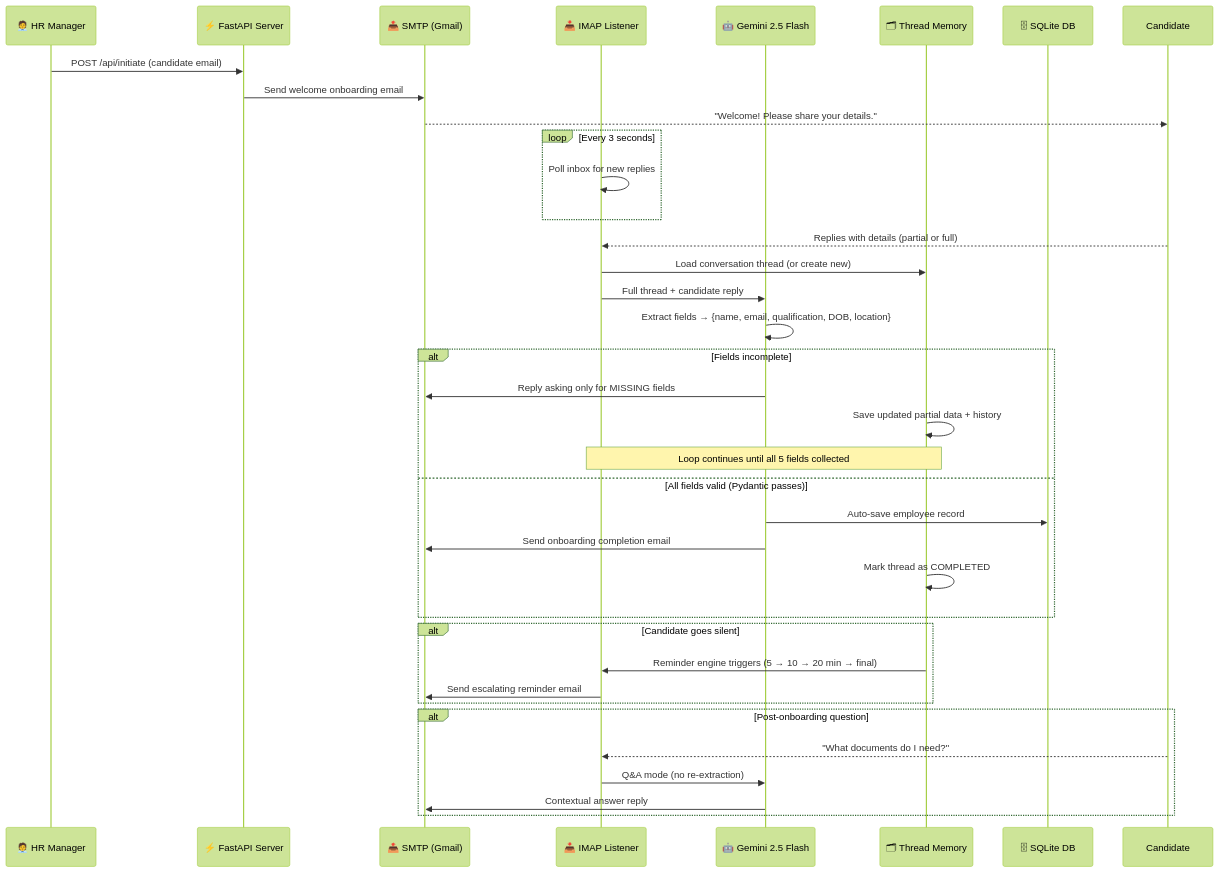
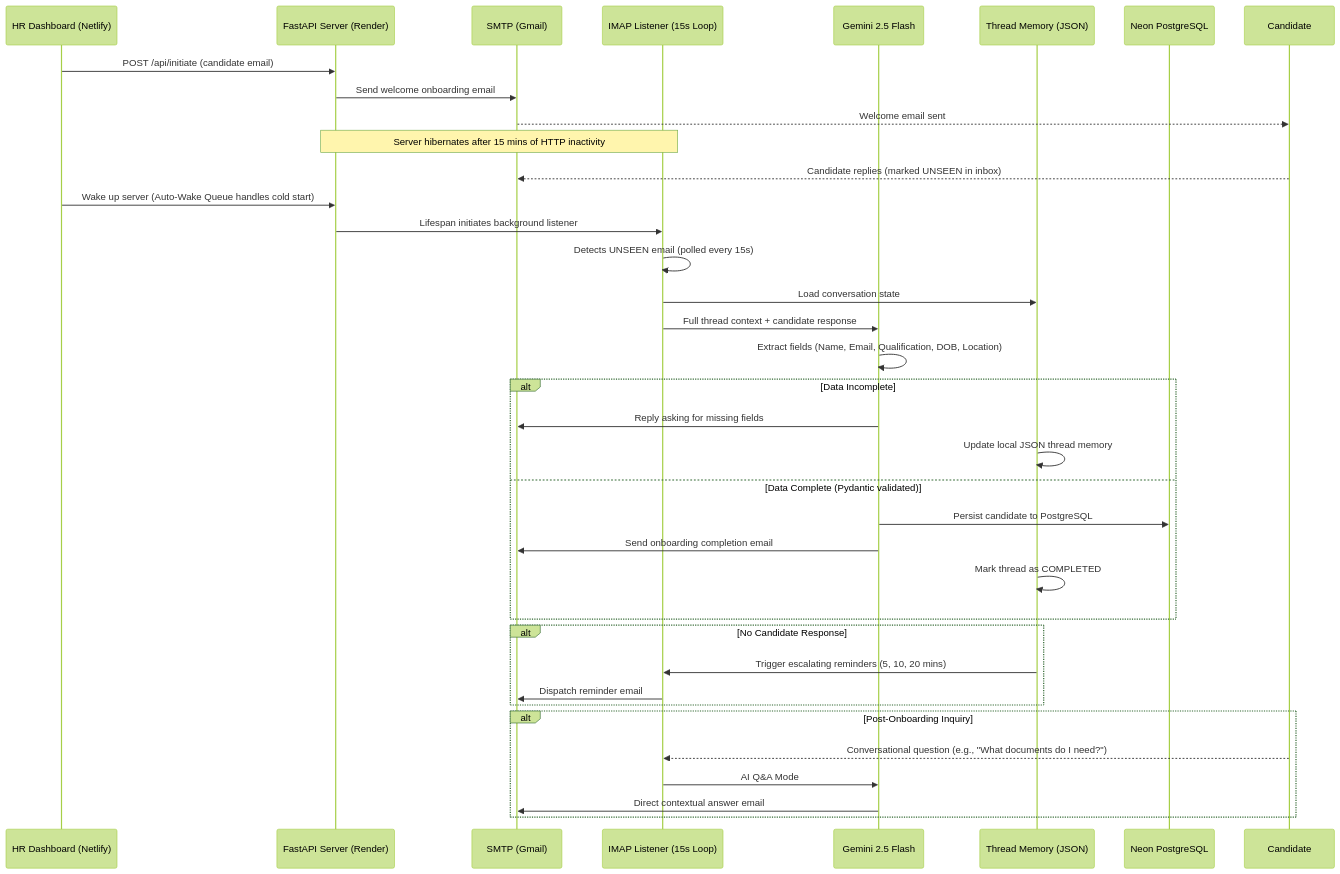
The diagram in README.md (GitbyShantanu/Smart-Employee-Onboarder), drawn with Mermaid (forest theme) before and after one commit. The commit also changed other lines of this file, not shown here.

Commit message:
docs: clean README tone, document Neon PostgreSQL migration and resilient auto-wake queue strategy

````diff
--- a/README.md
+++ b/README.md
@@ -46,44 +37,45 @@
 ```mermaid
 sequenceDiagram
-    participant HR as 🧑‍💼 HR Manager
-    participant API as ⚡ FastAPI Server
-    participant SMTP as 📤 SMTP (Gmail)
-    participant IMAP as 📥 IMAP Listener
-    participant AI as 🤖 Gemini 2.5 Flash
-    participant MEM as 🗂 Thread Memory
-    participant DB as 🗄 SQLite DB
+    participant HR as HR Dashboard (Netlify)
+    participant API as FastAPI Server (Render)
+    participant SMTP as SMTP (Gmail)
+    participant IMAP as IMAP Listener (15s Loop)
+    participant AI as Gemini 2.5 Flash
+    participant MEM as Thread Memory (JSON)
+    participant DB as Neon PostgreSQL
 
     HR->>API: POST /api/initiate (candidate email)
     API->>SMTP: Send welcome onboarding email
-    SMTP-->>Candidate: "Welcome! Please share your details."
+    SMTP-->>Candidate: Welcome email sent
+    
+    Note over API,IMAP: Server hibernates after 15 mins of HTTP inactivity
+    Candidate-->>SMTP: Candidate replies (marked UNSEEN in inbox)
+    
+    HR->>API: Wake up server (Auto-Wake Queue handles cold start)
+    API->>IMAP: Lifespan initiates background listener
+    IMAP->>IMAP: Detects UNSEEN email (polled every 15s)
+    
+    IMAP->>MEM: Load conversation state
+    IMAP->>AI: Full thread context + candidate response
+    AI->>AI: Extract fields (Name, Email, Qualification, DOB, Location)
 
-    loop Every 3 seconds
-        IMAP->>IMAP: Poll inbox for new replies
-    end
-
-    Candidate-->>IMAP: Replies with details (partial or full)
-    IMAP->>MEM: Load conversation thread (or create new)
-    IMAP->>AI: Full thread + candidate reply
-    AI->>AI: Extract fields → {name, email, qualification, DOB, location}
-
-    alt Fields incomplete
-        AI->>SMTP: Reply asking only for MISSING fields
-        MEM->>MEM: Save updated partial data + history
-        Note over IMAP,MEM: Loop continues until all 5 fields collected
-    else All fields valid (Pydantic passes)
-        AI->>DB: Auto-save employee record
+    alt Data Incomplete
+        AI->>SMTP: Reply asking for missing fields
+        MEM->>MEM: Update local JSON thread memory
+    else Data Complete (Pydantic validated)
+        AI->>DB: Persist candidate to PostgreSQL
         AI->>SMTP: Send onboarding completion email
         MEM->>MEM: Mark thread as COMPLETED
     end
 
-    alt Candidate goes silent
-        MEM->>IMAP: Reminder engine triggers (5 → 10 → 20 min → final)
-        IMAP->>SMTP: Send escalating reminder email
+    alt No Candidate Response
+        MEM->>IMAP: Trigger escalating reminders (5, 10, 20 mins)
+        IMAP->>SMTP: Dispatch reminder email
     end
 
-    alt Post-onboarding question
-        Candidate-->>IMAP: "What documents do I need?"
-        IMAP->>AI: Q&A mode (no re-extraction)
-        AI->>SMTP: Contextual answer reply
+    alt Post-Onboarding Inquiry
+        Candidate-->>IMAP: Conversational question (e.g., "What documents do I need?")
+        IMAP->>AI: AI Q&A Mode
+        AI->>SMTP: Direct contextual answer email
     end
 ```
````
